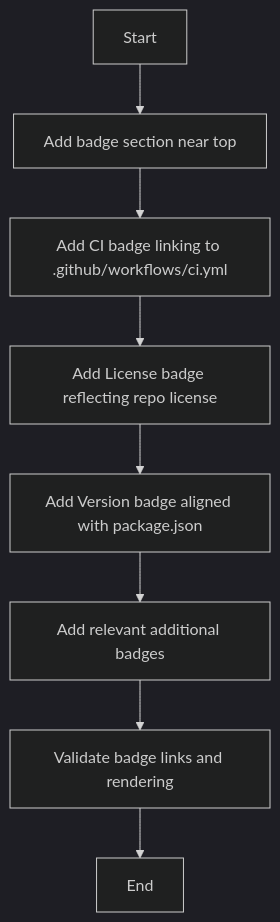
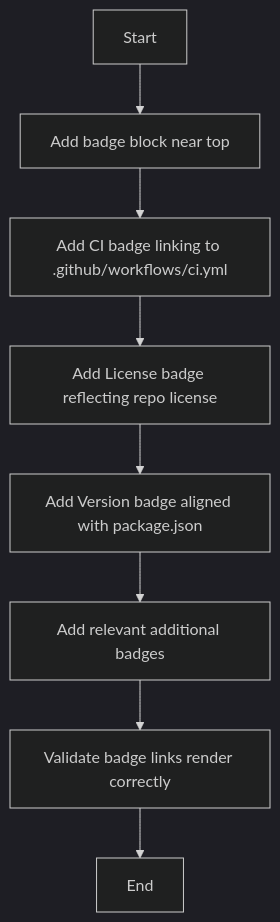
One commit to AlexAgo83/logics-manager changed the diagram in logics/request/req_015_add_project_badges_to_readme.md. Above: the diagram before and after it, drawn with Mermaid (dark theme). The commit also changed 19 other files, not shown here.

````diff
--- a/logics/request/req_015_add_project_badges_to_readme.md
+++ b/logics/request/req_015_add_project_badges_to_readme.md
@@ -10,12 +10,12 @@
 ```mermaid
 %% logics-kind: request
 %% logics-signature: request|add-project-badges-to-readme|add-a-badge-section-in-the|ac1-readme-includes-a-dedicated-badge
 flowchart TD
-  A[Start] --> B[Add badge section near top]
+  A[Start] --> B[Add badge block near top]
   B --> C[Add CI badge linking to .github/workflows/ci.yml]
   C --> D[Add License badge reflecting repo license]
   D --> E[Add Version badge aligned with package.json]
   E --> F[Add relevant additional badges]
-  F --> G[Validate badge links and rendering]
+  F --> G[Validate badge links render correctly]
   G --> H[End]
 ```
````
